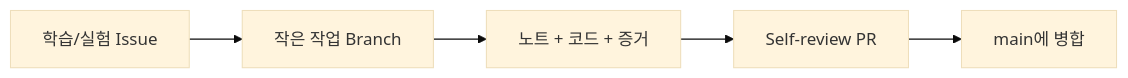
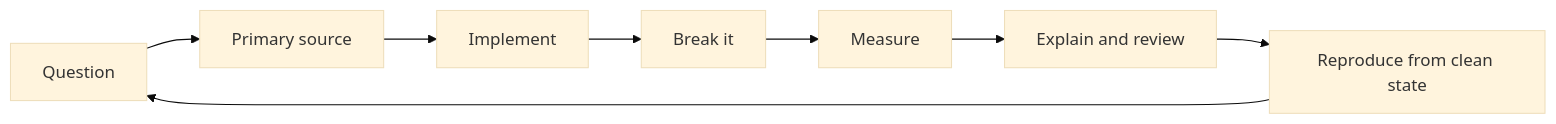
One commit to ThePo1es/adaptive-vehicle-platform-lab changed the second of 2 diagrams in README.md. Above: the diagram before and after it, drawn with Mermaid (base theme). The commit also changed other lines of this file and 33 other files, not shown here.

````diff
--- a/README.md
+++ b/README.md
@@ -57,7 +99,10 @@
 ```mermaid
 flowchart LR
-    Issue["학습/실험 Issue"] --> Branch["작은 작업 Branch"]
-    Branch --> Evidence["노트 + 코드 + 증거"]
-    Evidence --> PR["Self-review PR"]
-    PR --> Main["main에 병합"]
+    Q["Question"] --> S["Primary source"]
+    S --> I["Implement"]
+    I --> B["Break it"]
+    B --> M["Measure"]
+    M --> E["Explain and review"]
+    E --> R["Reproduce from clean state"]
+    R --> Q
 ```
````
